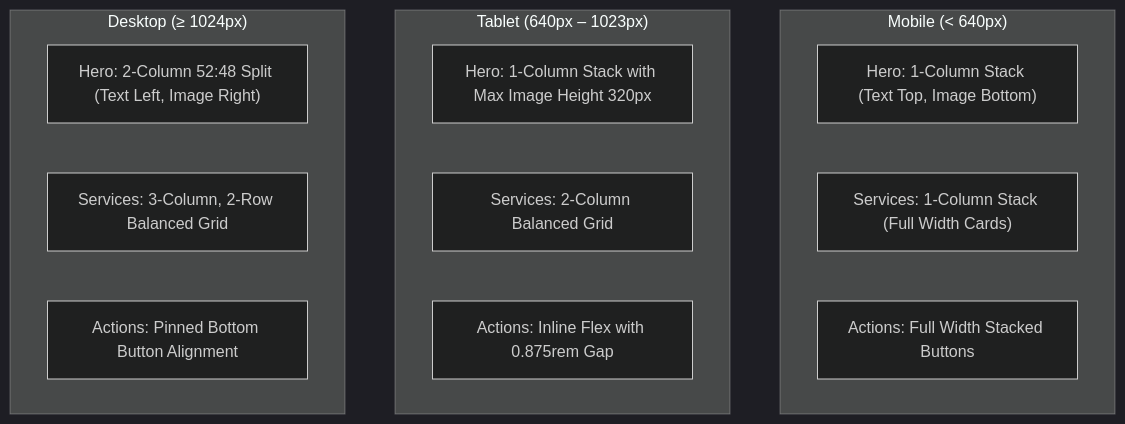
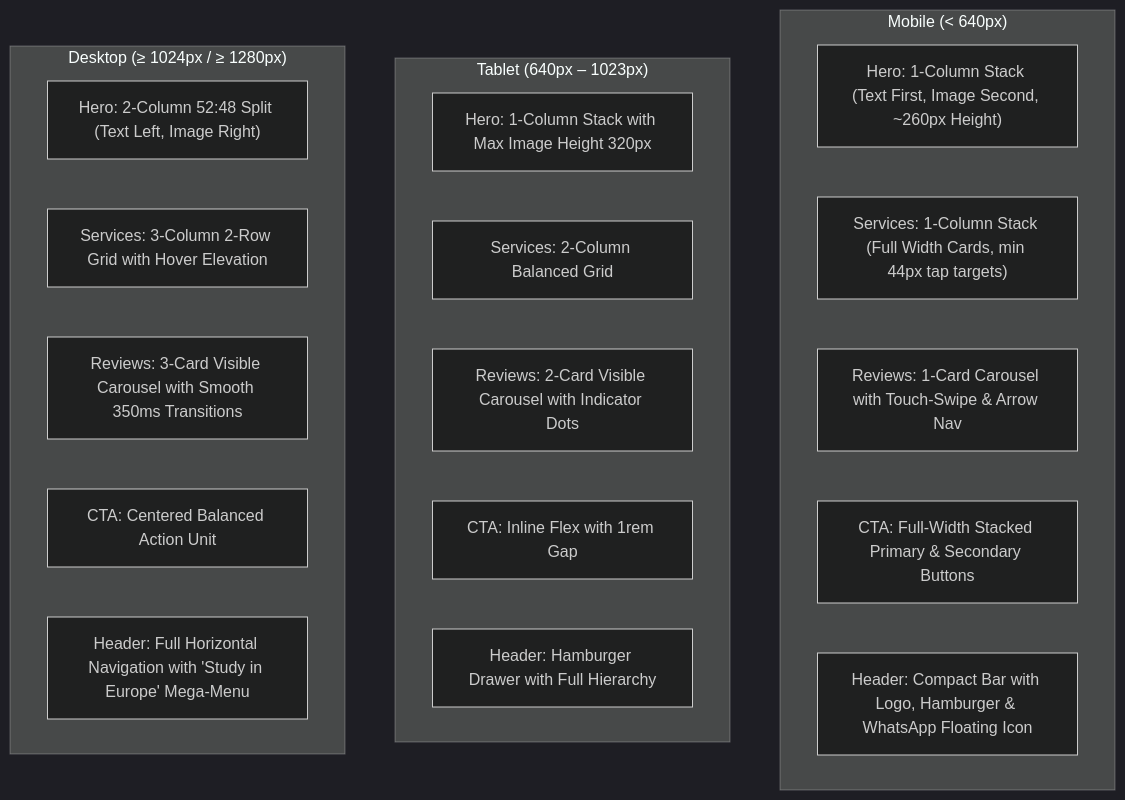
One commit to visaconvention/visa-convention-website changed the diagram in RESPONSIVE_QA_REPORT.md. Above: the diagram before and after it, drawn with Mermaid (dark theme). The commit also changed other lines of this file and 18 other files, not shown here.

````diff
--- a/RESPONSIVE_QA_REPORT.md
+++ b/RESPONSIVE_QA_REPORT.md
@@ -37,18 +42,24 @@
 ```mermaid
 flowchart TD
     subgraph Mobile ["Mobile (< 640px)"]
-        M1["Hero: 1-Column Stack (Text Top, Image Bottom)"]
-        M2["Services: 1-Column Stack (Full Width Cards)"]
-        M3["Actions: Full Width Stacked Buttons"]
+        M1["Hero: 1-Column Stack (Text First, Image Second, ~260px Height)"]
+        M2["Services: 1-Column Stack (Full Width Cards, min 44px tap targets)"]
+        M3["Reviews: 1-Card Carousel with Touch-Swipe & Arrow Nav"]
+        M4["CTA: Full-Width Stacked Primary & Secondary Buttons"]
+        M5["Header: Compact Bar with Logo, Hamburger & WhatsApp Floating Icon"]
     end
     subgraph Tablet ["Tablet (640px – 1023px)"]
         T1["Hero: 1-Column Stack with Max Image Height 320px"]
         T2["Services: 2-Column Balanced Grid"]
-        T3["Actions: Inline Flex with 0.875rem Gap"]
+        T3["Reviews: 2-Card Visible Carousel with Indicator Dots"]
+        T4["CTA: Inline Flex with 1rem Gap"]
+        T5["Header: Hamburger Drawer with Full Hierarchy"]
     end
-    subgraph Desktop ["Desktop (≥ 1024px)"]
+    subgraph Desktop ["Desktop (≥ 1024px / ≥ 1280px)"]
         D1["Hero: 2-Column 52:48 Split (Text Left, Image Right)"]
-        D2["Services: 3-Column, 2-Row Balanced Grid"]
-        D3["Actions: Pinned Bottom Button Alignment"]
+        D2["Services: 3-Column 2-Row Grid with Hover Elevation"]
+        D3["Reviews: 3-Card Visible Carousel with Smooth 350ms Transitions"]
+        D4["CTA: Centered Balanced Action Unit"]
+        D5["Header: Full Horizontal Navigation with 'Study in Europe' Mega-Menu"]
     end
 ```
````
